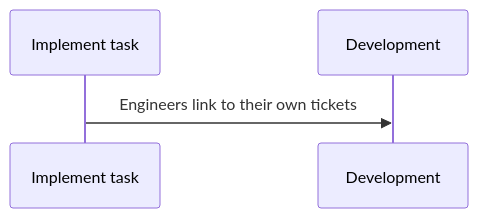
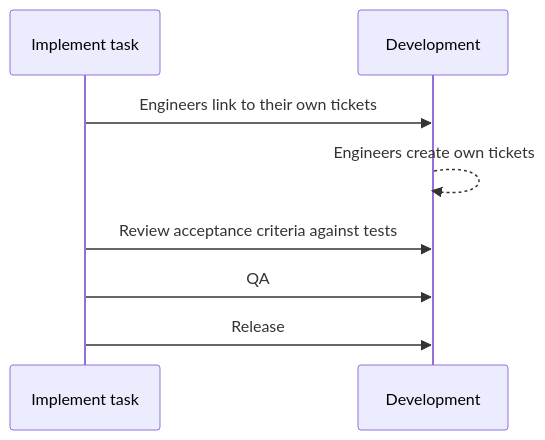
The second of 2 diagrams in README.md (vegaprotocol/specs), drawn with Mermaid before and after one commit.

````diff
--- a/README.md
+++ b/README.md
@@ -66,6 +66,10 @@
 ```mermaid
 sequenceDiagram
 
 Implement task->>Development: Engineers link to their own tickets
+Development-->>Development:  Engineers create own tickets
+Implement task->>Development: Review acceptance criteria against tests
+Implement task->>Development: QA
+Implement task->>Development: Release
 
 ```
````
